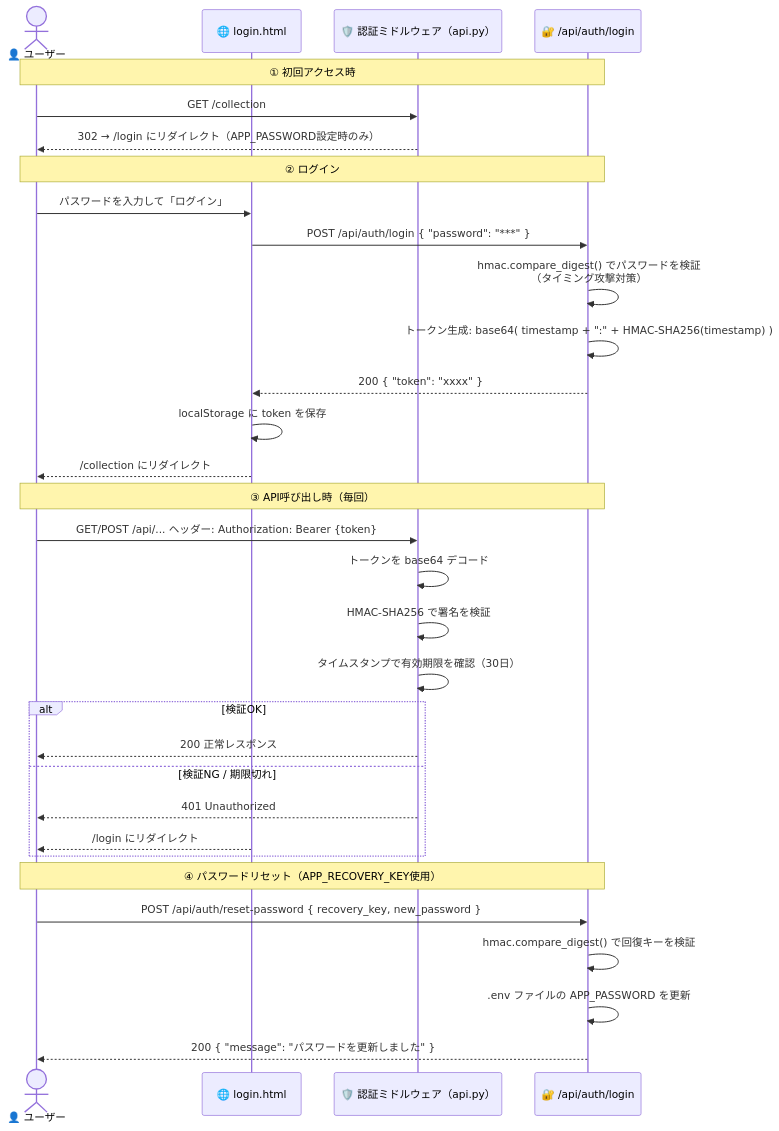
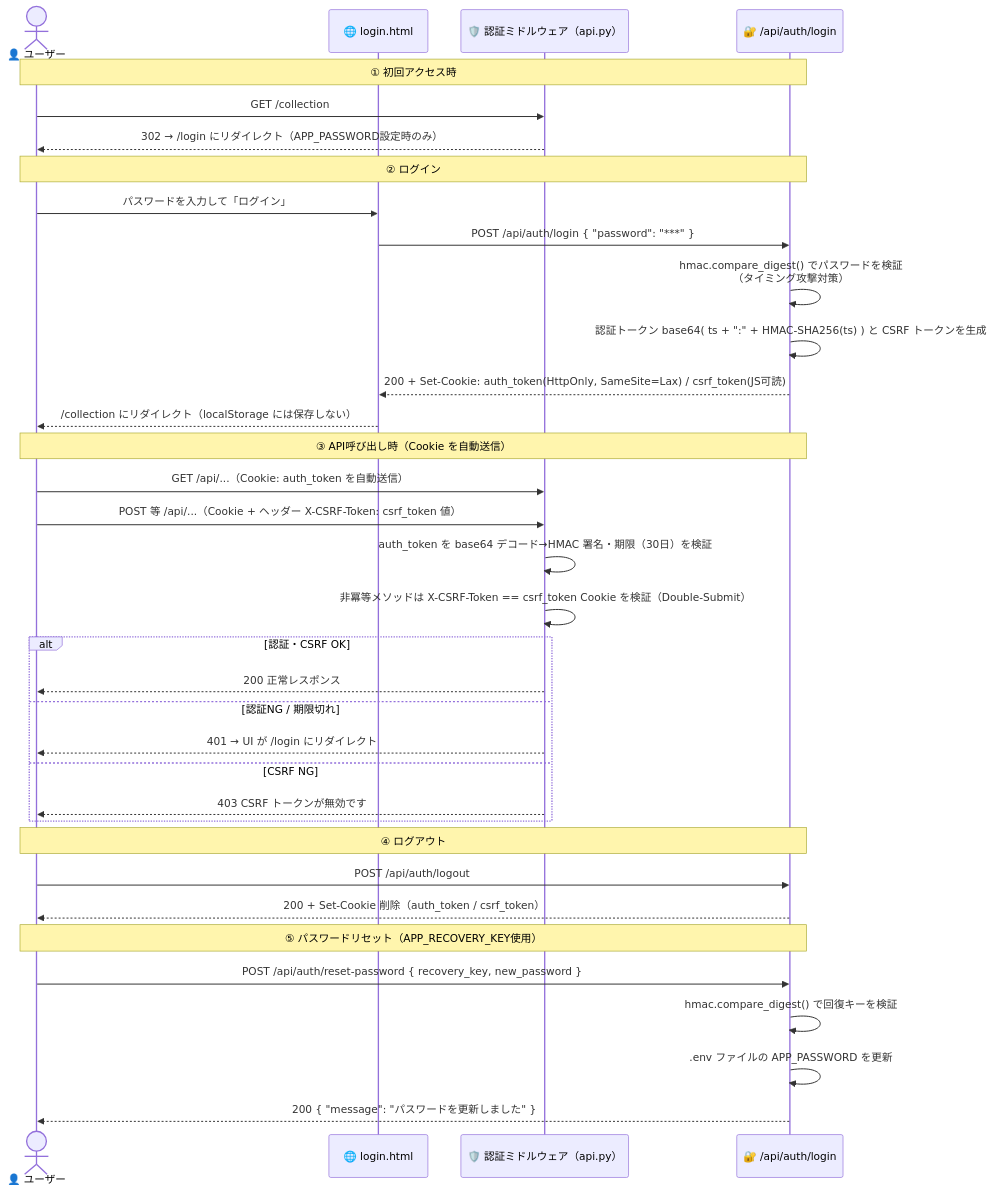
Before and after one commit to kome-kome/financial_app: the sixth of 15 diagrams in docs/ARCHITECTURE.md, drawn with Mermaid. The commit also changed other lines of this file and 11 other files, not shown here.

First line of the commit message:
feat(security): 認証を HttpOnly Cookie + CSRF Double-Submit へ移行（Tier3-3）

````diff
--- a/docs/ARCHITECTURE.md
+++ b/docs/ARCHITECTURE.md
@@ -374,38 +374,42 @@
 ```mermaid
 sequenceDiagram
     actor       User  as 👤 ユーザー
     participant UI    as 🌐 login.html
     participant MW    as 🛡️ 認証ミドルウェア（api.py）
     participant AUTH  as 🔐 /api/auth/login
 
     Note over User,AUTH: ① 初回アクセス時
     User ->> MW   : GET /collection
     MW  -->> User : 302 → /login にリダイレクト（APP_PASSWORD設定時のみ）
 
     Note over User,AUTH: ② ログイン
     User ->> UI   : パスワードを入力して「ログイン」
     UI   ->> AUTH : POST /api/auth/login { "password": "***" }
     AUTH ->> AUTH : hmac.compare_digest() でパスワードを検証<br/>（タイミング攻撃対策）
-    AUTH ->> AUTH : トークン生成: base64( timestamp + ":" + HMAC-SHA256(timestamp) )
-    AUTH -->> UI  : 200 { "token": "xxxx" }
-    UI   ->> UI   : localStorage に token を保存
-    UI  -->> User : /collection にリダイレクト
+    AUTH ->> AUTH : 認証トークン base64( ts + ":" + HMAC-SHA256(ts) ) と CSRF トークンを生成
+    AUTH -->> UI  : 200 + Set-Cookie: auth_token(HttpOnly, SameSite=Lax) / csrf_token(JS可読)
+    UI  -->> User : /collection にリダイレクト（localStorage には保存しない）
 
-    Note over User,AUTH: ③ API呼び出し時（毎回）
-    User ->> MW   : GET/POST /api/... ヘッダー: Authorization: Bearer {token}
-    MW   ->> MW   : トークンを base64 デコード
-    MW   ->> MW   : HMAC-SHA256 で署名を検証
-    MW   ->> MW   : タイムスタンプで有効期限を確認（30日）
-    alt 検証OK
+    Note over User,AUTH: ③ API呼び出し時（Cookie を自動送信）
+    User ->> MW   : GET /api/...（Cookie: auth_token を自動送信）
+    User ->> MW   : POST 等 /api/...（Cookie + ヘッダー X-CSRF-Token: csrf_token 値）
+    MW   ->> MW   : auth_token を base64 デコード→HMAC 署名・期限（30日）を検証
+    MW   ->> MW   : 非冪等メソッドは X-CSRF-Token == csrf_token Cookie を検証（Double-Submit）
+    alt 認証・CSRF OK
         MW -->> User : 200 正常レスポンス
-    else 検証NG / 期限切れ
-        MW -->> User : 401 Unauthorized
-        UI  -->> User : /login にリダイレクト
+    else 認証NG / 期限切れ
+        MW -->> User : 401 → UI が /login にリダイレクト
+    else CSRF NG
+        MW -->> User : 403 CSRF トークンが無効です
     end
 
-    Note over User,AUTH: ④ パスワードリセット（APP_RECOVERY_KEY使用）
+    Note over User,AUTH: ④ ログアウト
+    User ->> AUTH : POST /api/auth/logout
+    AUTH -->> User : 200 + Set-Cookie 削除（auth_token / csrf_token）
+
+    Note over User,AUTH: ⑤ パスワードリセット（APP_RECOVERY_KEY使用）
     User ->> AUTH : POST /api/auth/reset-password { recovery_key, new_password }
     AUTH ->> AUTH : hmac.compare_digest() で回復キーを検証
     AUTH ->> AUTH : .env ファイルの APP_PASSWORD を更新
     AUTH -->> User : 200 { "message": "パスワードを更新しました" }
 ```
````
